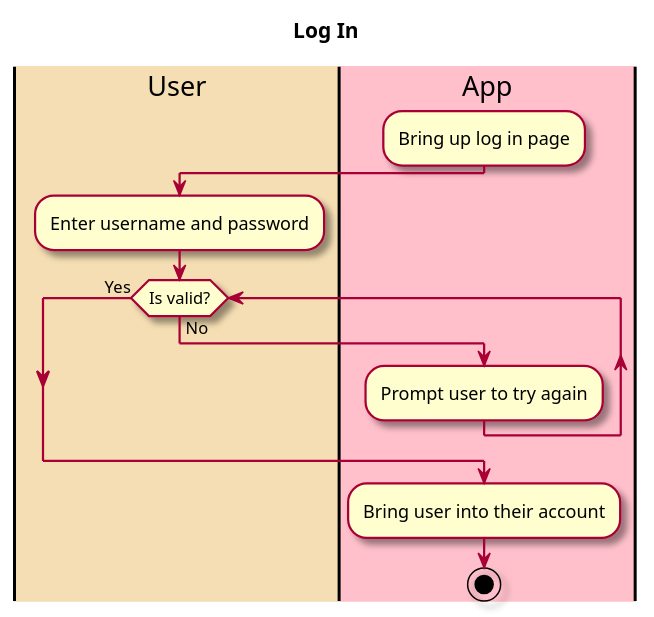
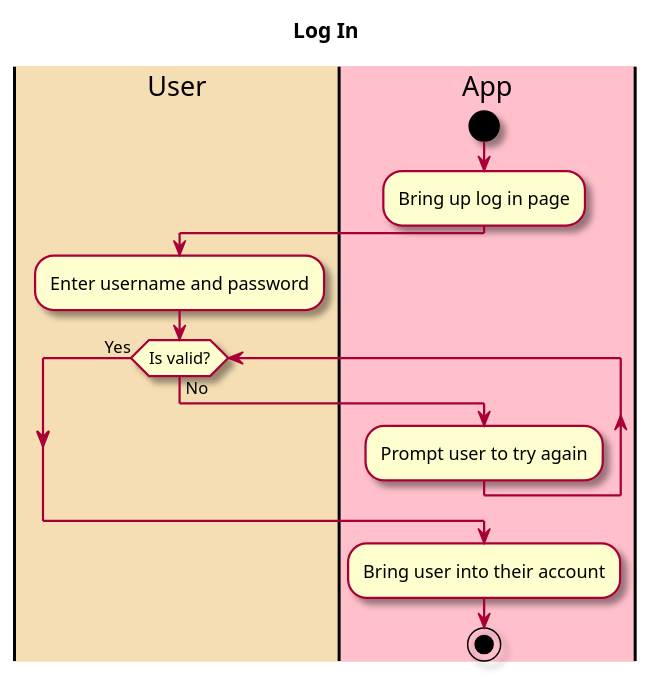
Before and after one commit to tanwasp/LunchBox-Android: the second of 2 diagrams in intellij/doc/use_cases/create-account.md, drawn with PlantUML. The commit also changed other lines of this file and 7 other files, not shown here.

````diff
--- a/intellij/doc/use_cases/create-account.md
+++ b/intellij/doc/use_cases/create-account.md
@@ -86,26 +98,27 @@
 ```plantuml
 @startuml
 
 skin rose
 
 title Log In
 
 'define the lanes
 |#wheat|User|
 |#pink|App|
 
 |App|
+start
 :Bring up log in page;
 
 |User|
 :Enter username and password;
 
 while (Is valid?) is (No)
 |App|
 :Prompt user to try again;
 endwhile (Yes)
 :Bring user into their account;
 
 stop
 @enduml
 ```
````
